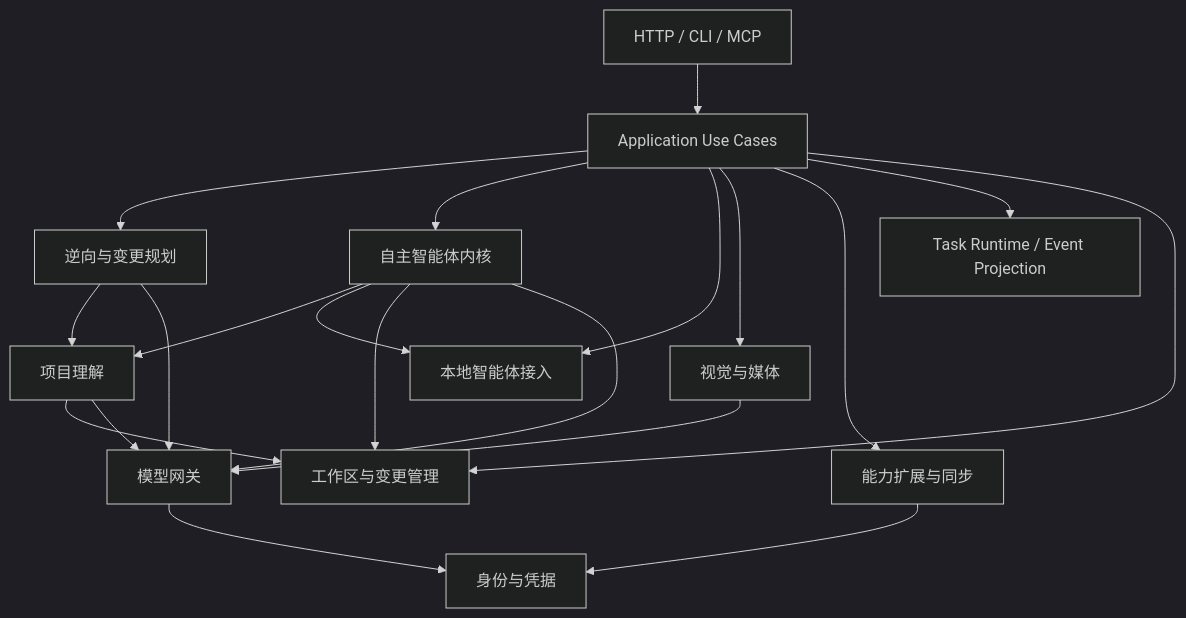
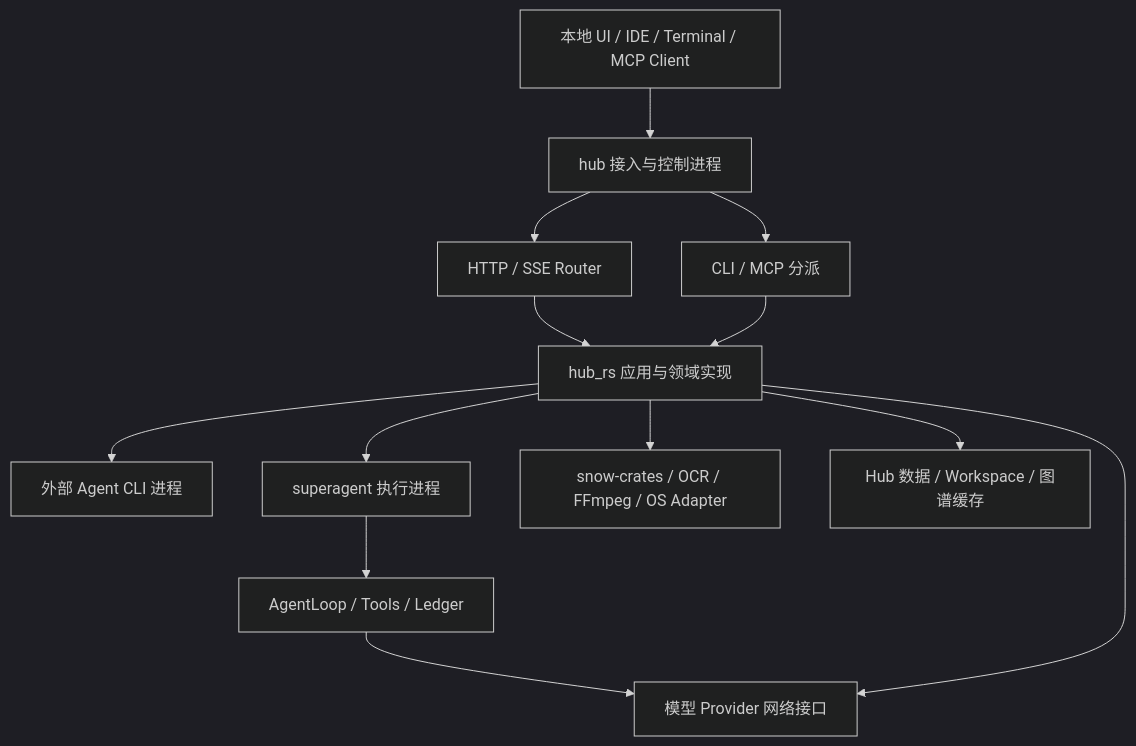
One commit to Mowen559/superagent changed the diagram in 系统架构设计.md. Above: the diagram before and after it, drawn with Mermaid (dark theme). The commit also changed other lines of this file and 17 other files, not shown here.

````diff
--- a/系统架构设计.md
+++ b/系统架构设计.md
@@ -530,22 +34,15 @@
 ```mermaid
 flowchart TB
-    ENTRY[HTTP / CLI / MCP] --> APP[Application Use Cases]
-    APP --> PLAN[逆向与变更规划]
-    APP --> AGENT[自主智能体内核]
-    APP --> EXT[本地智能体接入]
-    APP --> MEDIA[视觉与媒体]
-    APP --> SYNC[能力扩展与同步]
-    APP --> TASK[Task Runtime / Event Projection]
-    PLAN --> KNOW[项目理解]
-    AGENT --> KNOW
-    AGENT --> EXT
-    AGENT --> WORK[工作区与变更管理]
-    APP --> WORK
-    KNOW --> WORK
-    KNOW --> LLM[模型网关]
-    PLAN --> LLM
-    AGENT --> LLM
-    MEDIA --> LLM
-    LLM --> AUTH[身份与凭据]
-    SYNC --> AUTH
+    CLIENT[本地 UI / IDE / Terminal / MCP Client] --> HUB[hub 接入与控制进程]
+    HUB --> HTTP[HTTP / SSE Router]
+    HUB --> CLI[CLI / MCP 分派]
+    HTTP --> LIB[hub_rs 应用与领域实现]
+    CLI --> LIB
+    LIB --> EXT[外部 Agent CLI 进程]
+    LIB --> WORKER[superagent 执行进程]
+    WORKER --> CORE[AgentLoop / Tools / Ledger]
+    CORE --> MODEL[模型 Provider 网络接口]
+    LIB --> MODEL
+    LIB --> SDK[snow-crates / OCR / FFmpeg / OS Adapter]
+    LIB --> STORE[Hub 数据 / Workspace / 图谱缓存]
 ```
````
